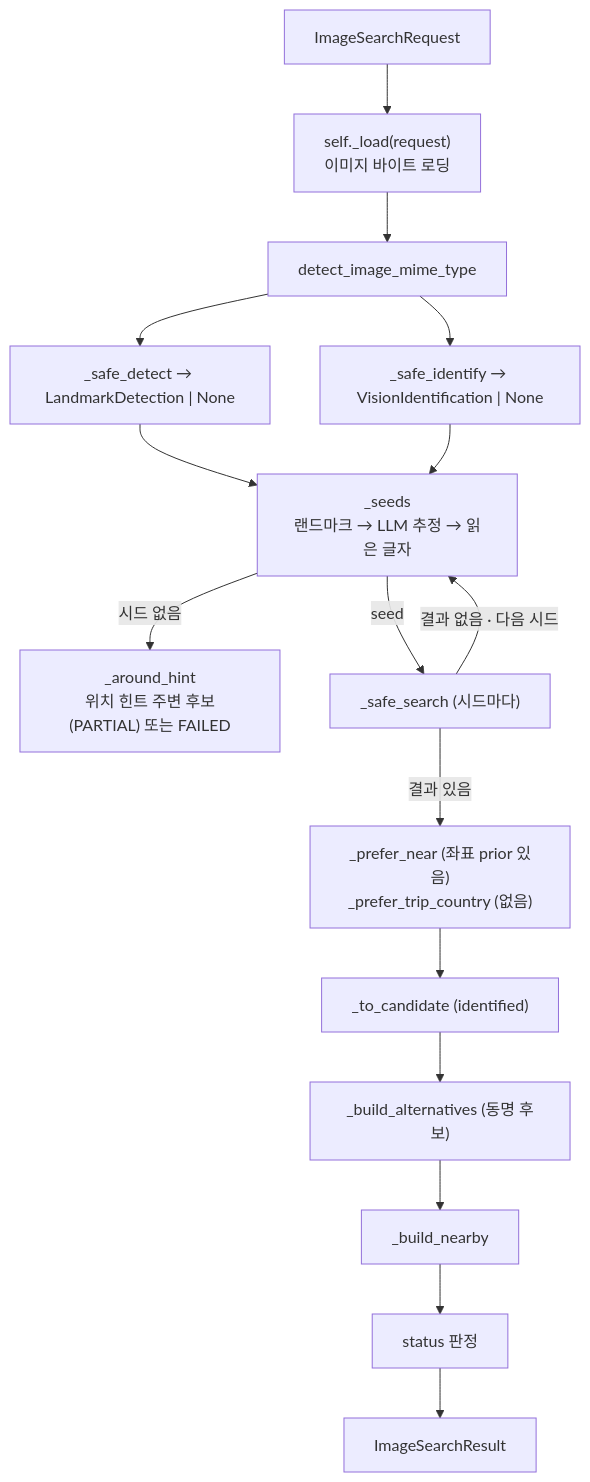
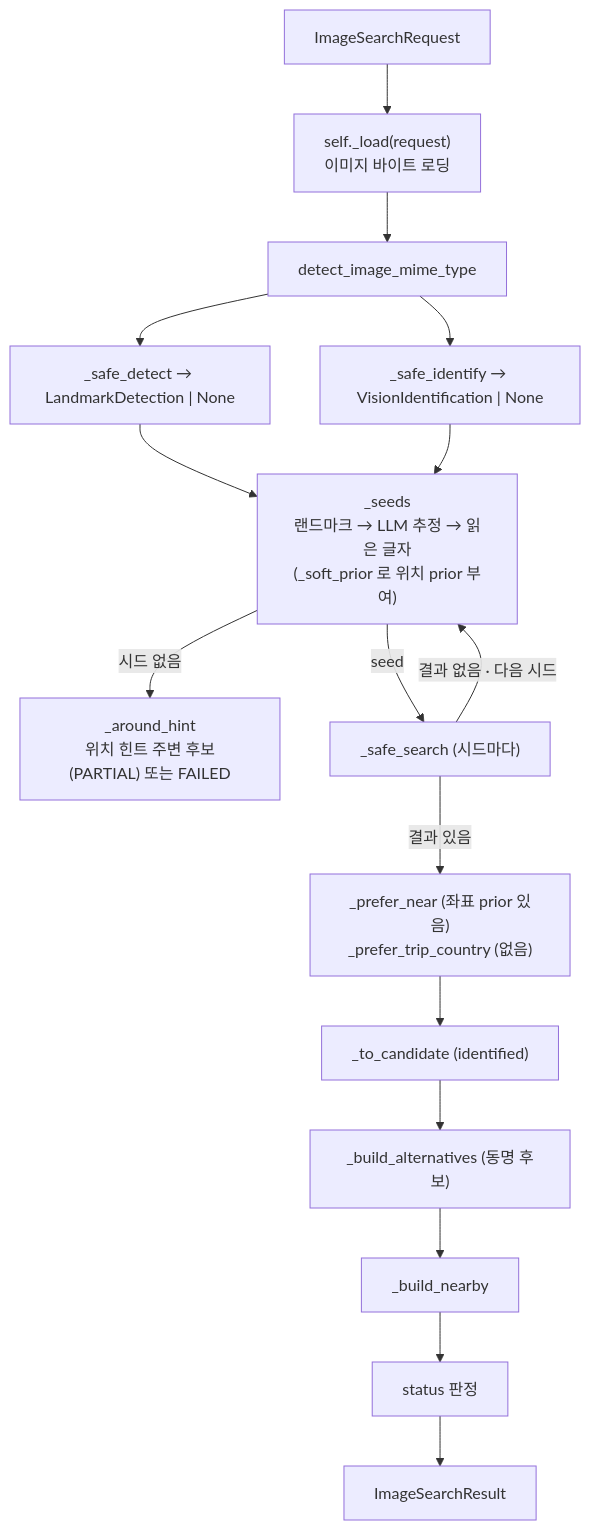
Before and after one commit to sigjm/chiwawa-improve: the diagram in ai/image_search/services/README.md, drawn with Mermaid. The commit also changed other lines of this file and 4 other files, not shown here.

````diff
--- a/ai/image_search/services/README.md
+++ b/ai/image_search/services/README.md
@@ -94,28 +94,28 @@
 ```mermaid
 flowchart TB
     REQ["ImageSearchRequest"]
     LOAD["self._load(request)<br/>이미지 바이트 로딩"]
     MIME["detect_image_mime_type"]
     DETECT["_safe_detect → LandmarkDetection | None"]
     IDENT["_safe_identify → VisionIdentification | None"]
-    SEED["_seeds<br/>랜드마크 → LLM 추정 → 읽은 글자"]
+    SEED["_seeds<br/>랜드마크 → LLM 추정 → 읽은 글자<br/>(_soft_prior 로 위치 prior 부여)"]
     FAIL1["_around_hint<br/>위치 힌트 주변 후보(PARTIAL) 또는 FAILED"]
     RESOLVE["_safe_search (시드마다)"]
     RANK["_prefer_near (좌표 prior 있음)<br/>_prefer_trip_country (없음)"]
     CAND["_to_candidate (identified)"]
     ALT["_build_alternatives (동명 후보)"]
     NEARBY["_build_nearby"]
     STATUS["status 판정"]
     RESULT["ImageSearchResult"]
 
     REQ --> LOAD --> MIME
     MIME --> DETECT
     MIME --> IDENT
     DETECT --> SEED
     IDENT --> SEED
     SEED -->|시드 없음| FAIL1
     SEED -->|seed| RESOLVE
     RESOLVE -->|결과 없음 · 다음 시드| SEED
     RESOLVE -->|결과 있음| RANK --> CAND
     CAND --> ALT --> NEARBY --> STATUS --> RESULT
 ```
````
